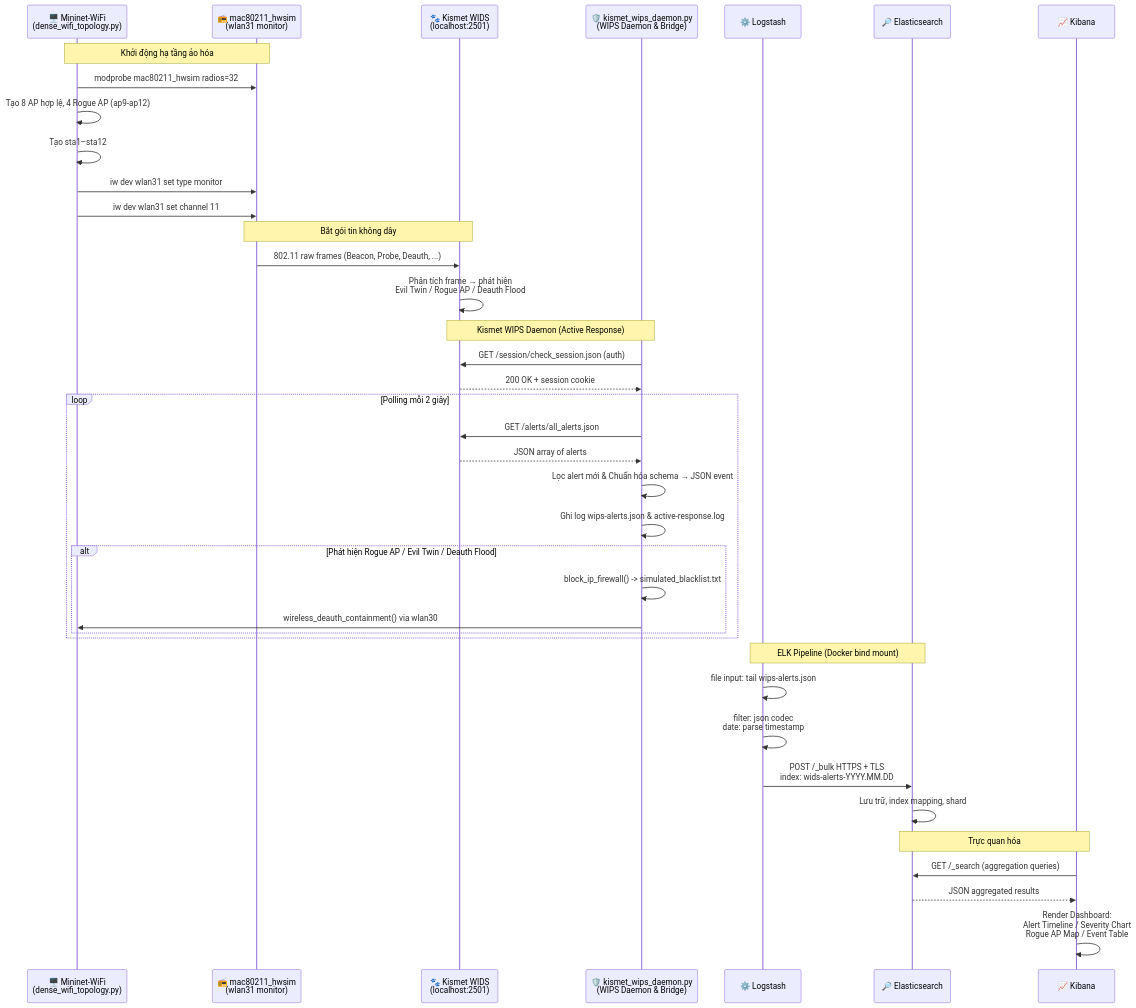
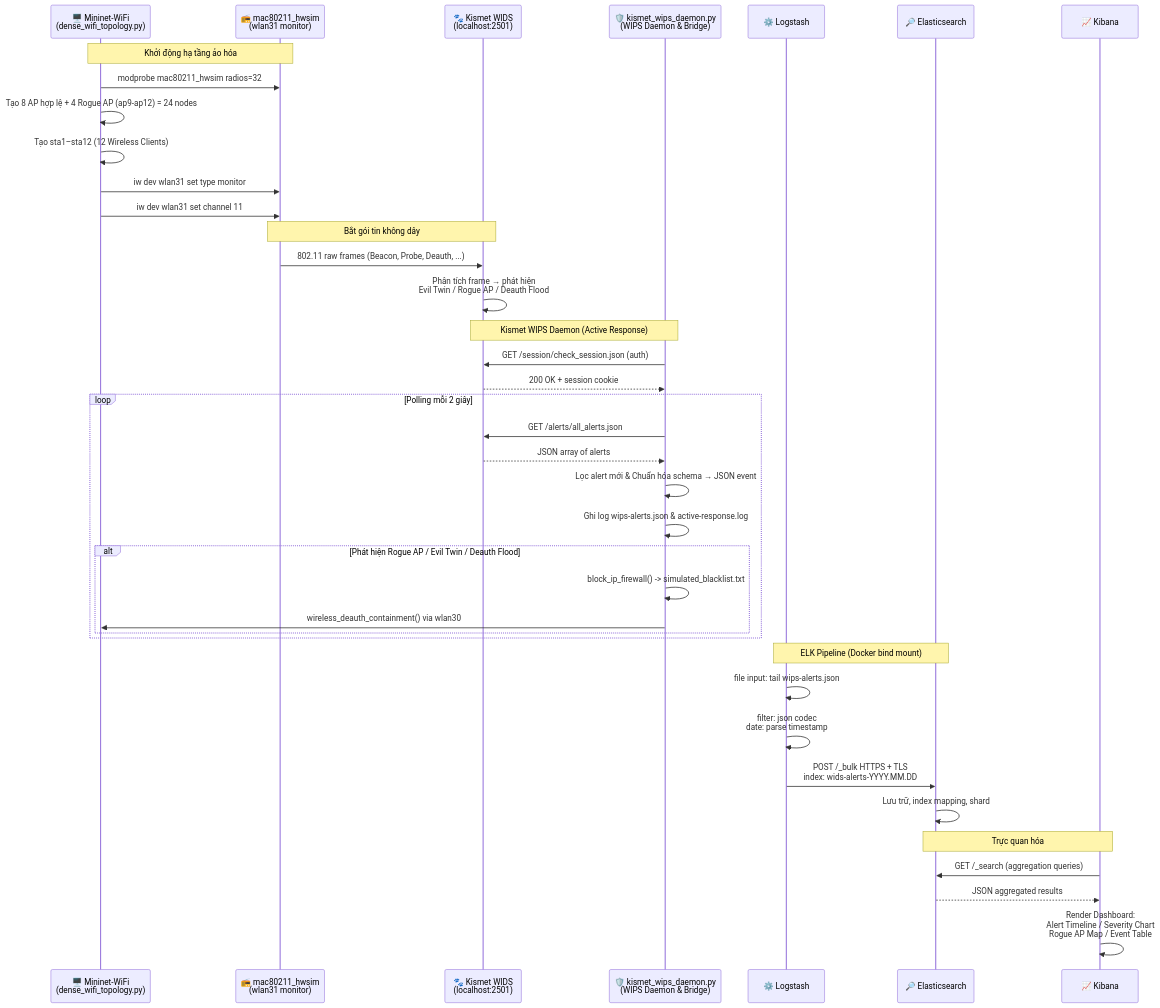
One commit to ph4n10m1808/wireless-mobile-network-security-project changed the second of 7 diagrams in docs/DATA_FLOW.md. Above: the diagram before and after it, drawn with Mermaid. The commit also changed other lines of this file and 8 other files, not shown here.

Commit message:
docs: update system architecture documentation and adjust topology node mapping for consistency

````diff
--- a/docs/DATA_FLOW.md
+++ b/docs/DATA_FLOW.md
@@ -60,49 +73,47 @@
 ```mermaid
 %%{init: {'theme':'default','themeVariables':{'fontSize':'11px'}}}%%
 sequenceDiagram
     participant MN  as 🖥️ Mininet-WiFi<br/>(dense_wifi_topology.py)
     participant HW  as 📻 mac80211_hwsim<br/>(wlan31 monitor)
     participant KS  as 🐾 Kismet WIDS<br/>(localhost:2501)
     participant WD  as 🛡️ kismet_wips_daemon.py<br/>(WIPS Daemon & Bridge)
     participant LS  as ⚙️ Logstash
     participant ES  as 🔎 Elasticsearch
     participant KB  as 📈 Kibana
 
     Note over MN,HW: Khởi động hạ tầng ảo hóa
     MN->>HW: modprobe mac80211_hwsim radios=32
-    MN->>MN: Tạo 8 AP hợp lệ, 4 Rogue AP (ap9-ap12)
-    MN->>MN: Tạo sta1–sta12
+    MN->>MN: Tạo 8 AP hợp lệ + 4 Rogue AP (ap9-ap12) = 24 nodes
+    MN->>MN: Tạo sta1–sta12 (12 Wireless Clients)
     MN->>HW: iw dev wlan31 set type monitor
     MN->>HW: iw dev wlan31 set channel 11
 
     Note over HW,KS: Bắt gói tin không dây
     HW->>KS: 802.11 raw frames (Beacon, Probe, Deauth, ...)
     KS->>KS: Phân tích frame → phát hiện<br/>Evil Twin / Rogue AP / Deauth Flood
-
-
 
     Note over KS,WD: Kismet WIPS Daemon (Active Response)
     WD->>KS: GET /session/check_session.json (auth)
     KS-->>WD: 200 OK + session cookie
     loop Polling mỗi 2 giây
         WD->>KS: GET /alerts/all_alerts.json
         KS-->>WD: JSON array of alerts
         WD->>WD: Lọc alert mới & Chuẩn hóa schema → JSON event
         WD->>WD: Ghi log wips-alerts.json & active-response.log
         alt Phát hiện Rogue AP / Evil Twin / Deauth Flood
             WD->>WD: block_ip_firewall() -> simulated_blacklist.txt
             WD->>MN: wireless_deauth_containment() via wlan30
         end
     end
 
     Note over LS,ES: ELK Pipeline (Docker bind mount)
     LS->>LS: file input: tail wips-alerts.json
     LS->>LS: filter: json codec<br/>date: parse timestamp
     LS->>ES: POST /_bulk HTTPS + TLS<br/>index: wids-alerts-YYYY.MM.DD
     ES->>ES: Lưu trữ, index mapping, shard
 
     Note over ES,KB: Trực quan hóa
     KB->>ES: GET /_search (aggregation queries)
     ES-->>KB: JSON aggregated results
     KB->>KB: Render Dashboard:<br/>Alert Timeline / Severity Chart<br/>Rogue AP Map / Event Table
 ```
````
